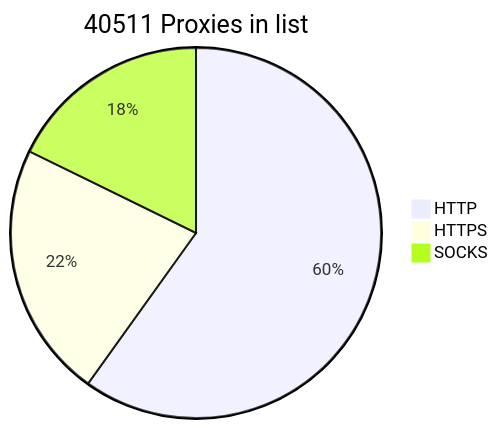
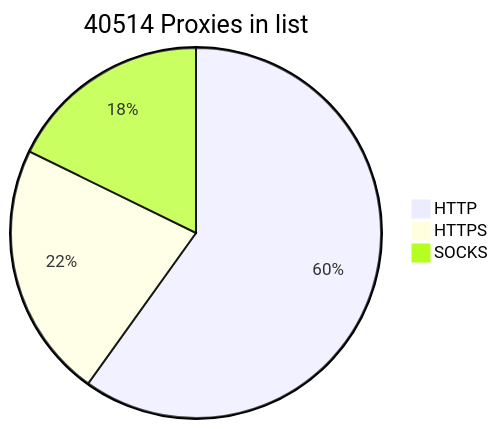
Before and after one commit to BlackSnowDot/proxylist-update-every-minute: the diagram in README.md, drawn with Mermaid.

````diff
--- a/README.md
+++ b/README.md
@@ -2,6 +2,6 @@
 ```mermaid
-pie title 40511 Proxies in list
+pie title 40514 Proxies in list
     "HTTP" : 28518
     "HTTPS": 10642
-    "SOCKS" : 8452
+    "SOCKS" : 8455
 ```
````
